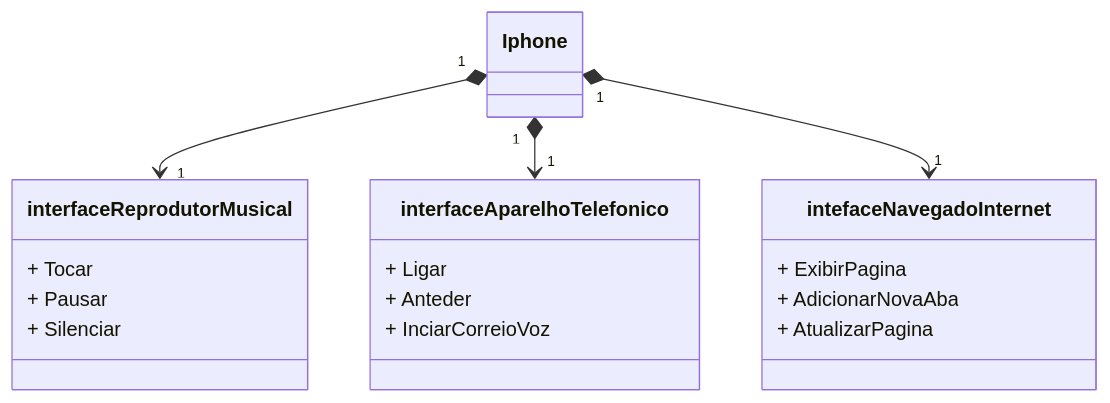
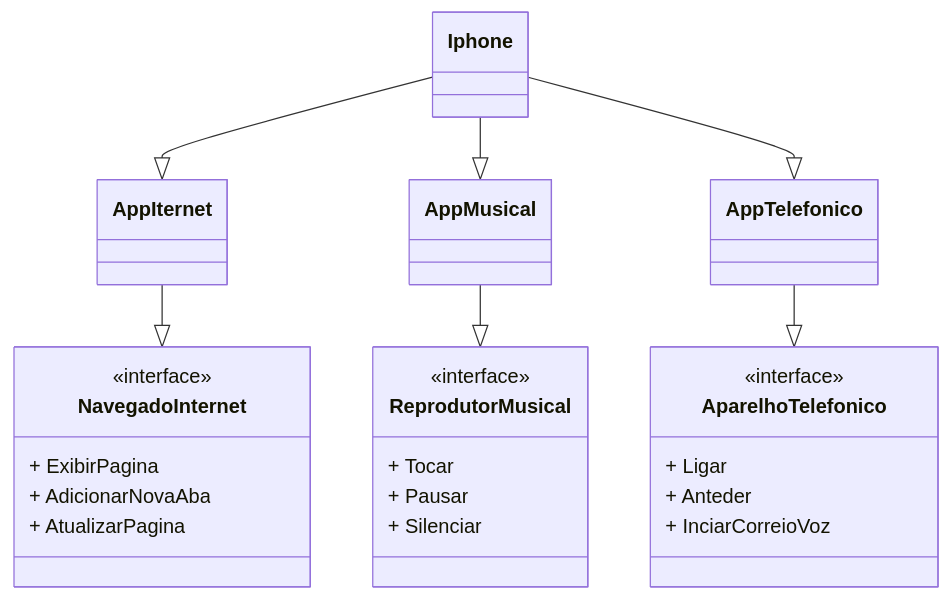
The diagram in README.md (MarcosPauloDosSantosSilva/Desafio_Dio_modelando_Iphone), drawn with Mermaid before and after one commit.

````diff
--- a/README.md
+++ b/README.md
@@ -4,35 +4,53 @@
 ```mermaid
 
 
 classDiagram
-   
-  class Iphone{
+
+class Iphone{  
       
   }
 
+ class AppIternet{
+ }
 
-  class interface ReprodutorMusical{
+ class AppMusical{
+ }
+
+ class AppTelefonico{
+ }
+
+
+
+
+  class ReprodutorMusical{
+       <<interface>>
     + Tocar
     + Pausar
     + Silenciar   
   }
 
-  class interface AparelhoTelefonico{
+  class AparelhoTelefonico{
+       <<interface>>
     + Ligar
     + Anteder
-    + InciarCorreioVoz
-    
+    + InciarCorreioVoz    
   }
 
- class inteface NavegadoInternet{
+ class NavegadoInternet{
+       <<interface>>
     + ExibirPagina
     + AdicionarNovaAba
     + AtualizarPagina	
  }
 
-Iphone"1" *-->"1" interface ReprodutorMusical
-Iphone"1" *-->"1" interface AparelhoTelefonico
-Iphone"1" *-->"1" inteface NavegadoInternet
+AppIternet--|>NavegadoInternet
+AppMusical--|>ReprodutorMusical
+AppTelefonico--|>AparelhoTelefonico
+
+
+Iphone--|>AppIternet
+Iphone--|>AppMusical
+Iphone--|>AppTelefonico
 
 
 ```
````
